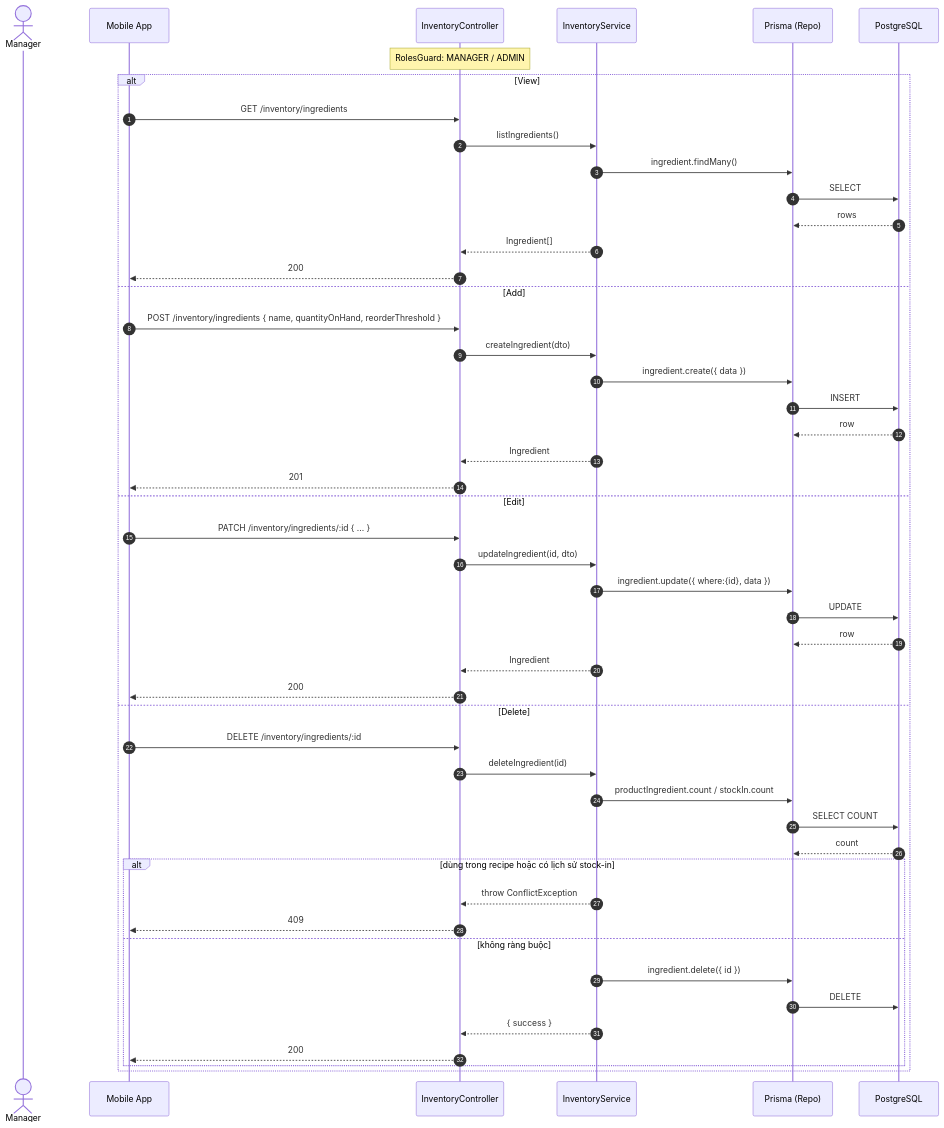
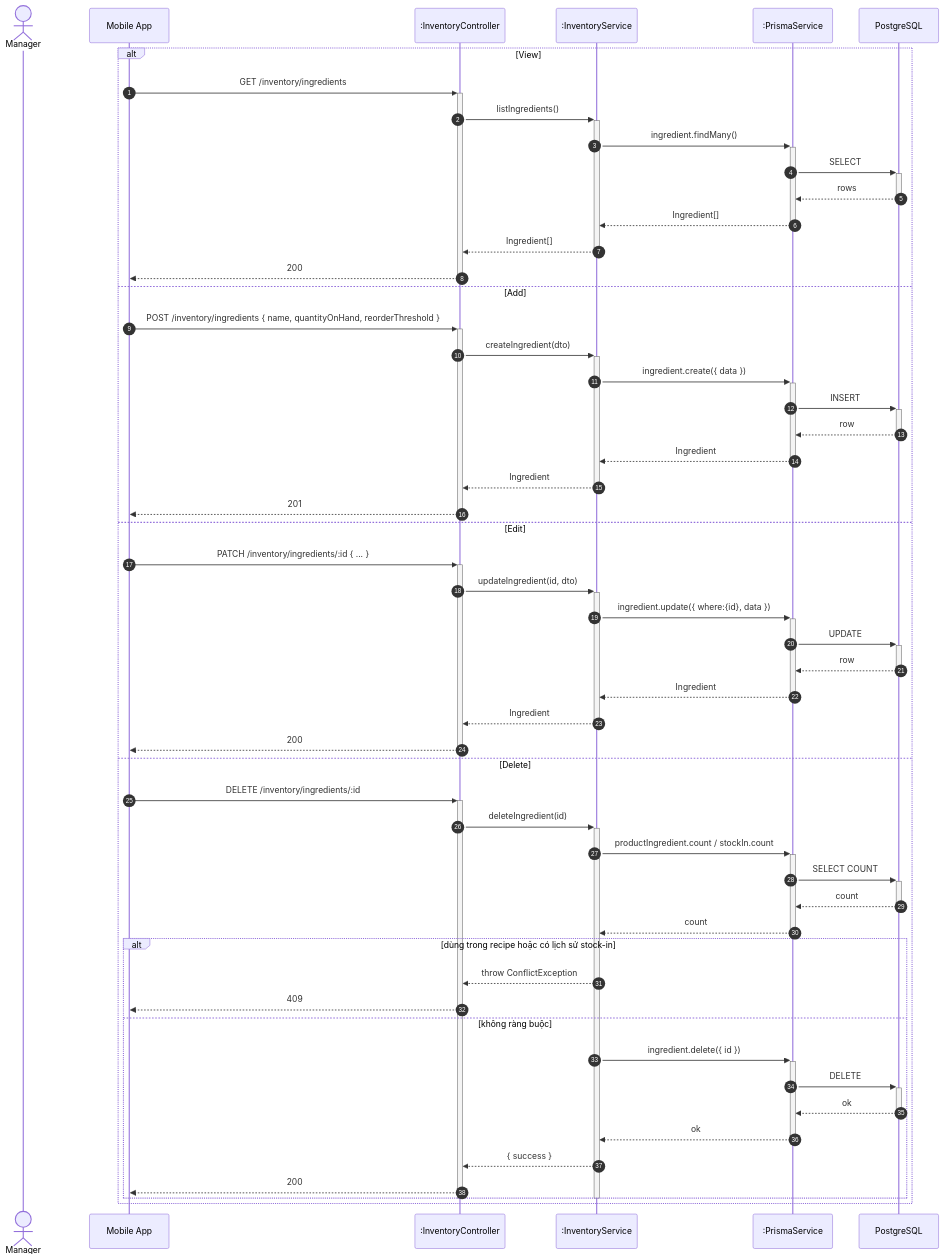
Diagram 11 of 16 in docs/sequence-diagrams.md (callmehai/Cafe-Shop-Management-System), drawn with Mermaid before and after one commit. The commit also changed other lines of this file and 1 other file, not shown here.

Commit message:
docs: add sequence and class diagrams for system architecture and use case implementation

````diff
--- a/docs/sequence-diagrams.md
+++ b/docs/sequence-diagrams.md
@@ -547,53 +566,59 @@
 ```mermaid
 sequenceDiagram
     autonumber
     actor M as Manager
     participant App as Mobile App
-    participant API as InventoryController
-    participant SVC as InventoryService
-    participant ORM as Prisma (Repo)
+    participant API as :InventoryController
+    participant SVC as :InventoryService
+    participant ORM as :PrismaService
     participant DB as PostgreSQL
 
-    Note over API: RolesGuard: MANAGER / ADMIN
-
     alt View
-        App->>API: GET /inventory/ingredients
-        API->>SVC: listIngredients()
-        SVC->>ORM: ingredient.findMany()
-        ORM->>DB: SELECT
-        DB-->>ORM: rows
-        SVC-->>API: Ingredient[]
-        API-->>App: 200
+        App->>+API: GET /inventory/ingredients
+        API->>+SVC: listIngredients()
+        SVC->>+ORM: ingredient.findMany()
+        ORM->>+DB: SELECT
+        DB-->>-ORM: rows
+        ORM-->>-SVC: Ingredient[]
+        SVC-->>-API: Ingredient[]
+        API-->>-App: 200
     else Add
-        App->>API: POST /inventory/ingredients { name, quantityOnHand, reorderThreshold }
-        API->>SVC: createIngredient(dto)
-        SVC->>ORM: ingredient.create({ data })
-        ORM->>DB: INSERT
-        DB-->>ORM: row
-        SVC-->>API: Ingredient
-        API-->>App: 201
+        App->>+API: POST /inventory/ingredients { name, quantityOnHand, reorderThreshold }
+        API->>+SVC: createIngredient(dto)
+        SVC->>+ORM: ingredient.create({ data })
+        ORM->>+DB: INSERT
+        DB-->>-ORM: row
+        ORM-->>-SVC: Ingredient
+        SVC-->>-API: Ingredient
+        API-->>-App: 201
     else Edit
-        App->>API: PATCH /inventory/ingredients/:id { ... }
-        API->>SVC: updateIngredient(id, dto)
-        SVC->>ORM: ingredient.update({ where:{id}, data })
-        ORM->>DB: UPDATE
-        DB-->>ORM: row
-        SVC-->>API: Ingredient
-        API-->>App: 200
+        App->>+API: PATCH /inventory/ingredients/:id { ... }
+        API->>+SVC: updateIngredient(id, dto)
+        SVC->>+ORM: ingredient.update({ where:{id}, data })
+        ORM->>+DB: UPDATE
+        DB-->>-ORM: row
+        ORM-->>-SVC: Ingredient
+        SVC-->>-API: Ingredient
+        API-->>-App: 200
     else Delete
-        App->>API: DELETE /inventory/ingredients/:id
-        API->>SVC: deleteIngredient(id)
-        SVC->>ORM: productIngredient.count / stockIn.count
-        ORM->>DB: SELECT COUNT
-        DB-->>ORM: count
+        App->>+API: DELETE /inventory/ingredients/:id
+        API->>+SVC: deleteIngredient(id)
+        SVC->>+ORM: productIngredient.count / stockIn.count
+        ORM->>+DB: SELECT COUNT
+        DB-->>-ORM: count
+        ORM-->>-SVC: count
         alt dùng trong recipe hoặc có lịch sử stock-in
             SVC-->>API: throw ConflictException
             API-->>App: 409
         else không ràng buộc
-            SVC->>ORM: ingredient.delete({ id })
-            ORM->>DB: DELETE
+            SVC->>+ORM: ingredient.delete({ id })
+            ORM->>+DB: DELETE
+            DB-->>-ORM: ok
+            ORM-->>-SVC: ok
             SVC-->>API: { success }
             API-->>App: 200
         end
+        deactivate SVC
+        deactivate API
     end
 ```
````
